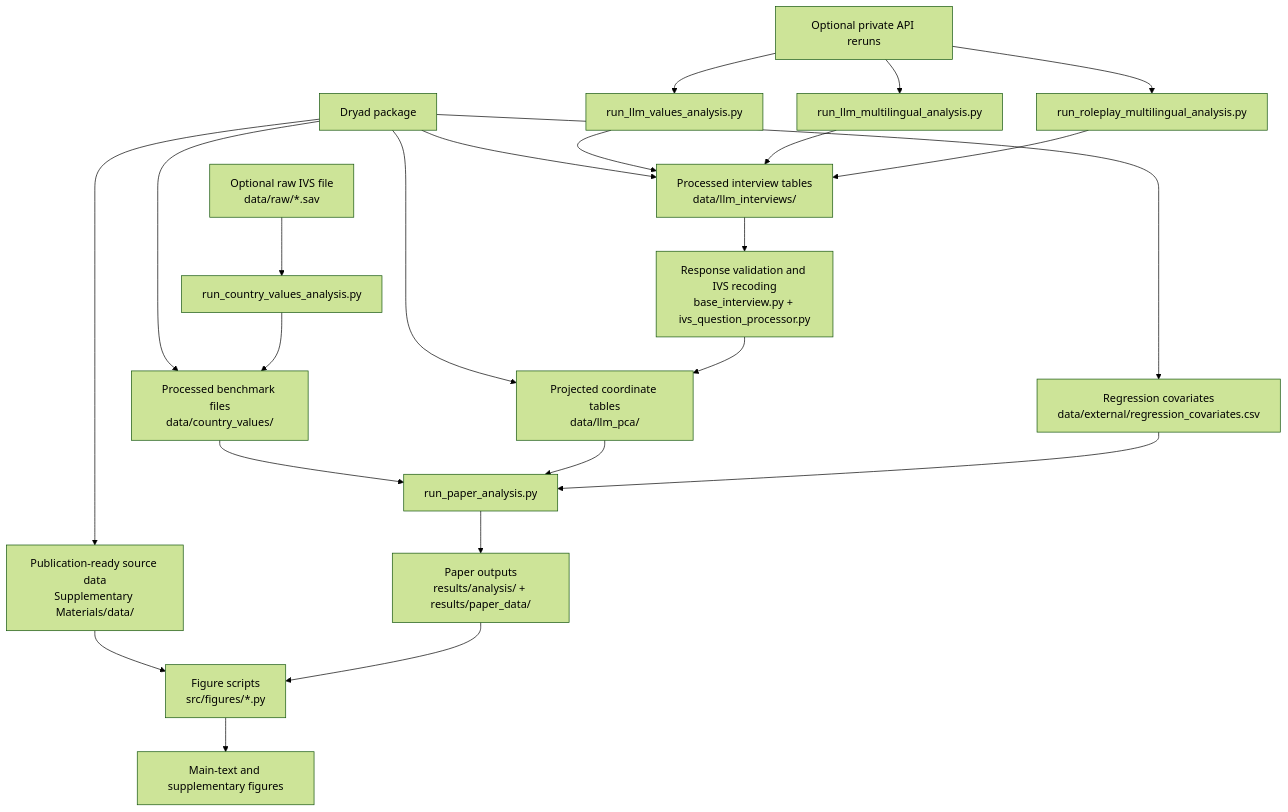
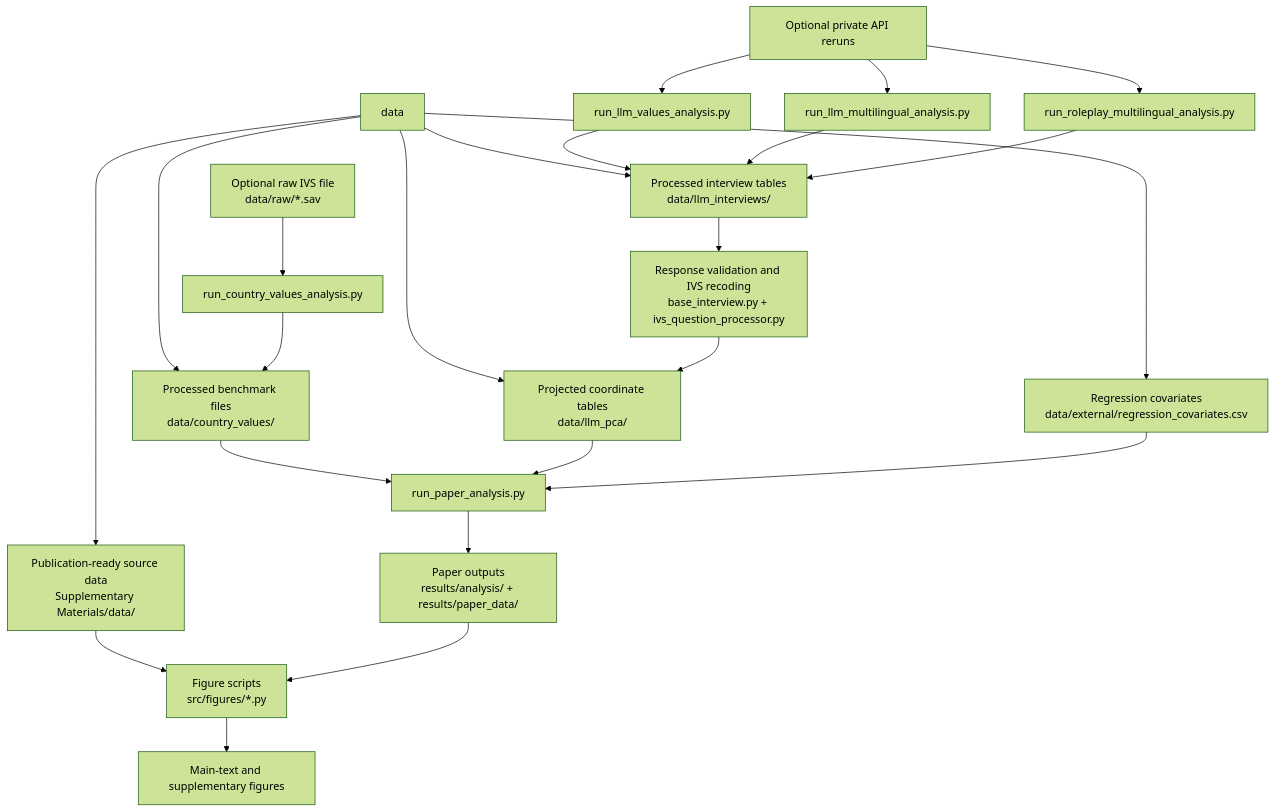
Before and after one commit to matrix0394/The-Value-Atlas-of-AI-Code: the diagram in README.md, drawn with Mermaid (forest theme). The commit also changed other lines of this file and 25 other files, not shown here.

````diff
--- a/README.md
+++ b/README.md
@@ -62,29 +79,29 @@
 ```mermaid
 flowchart TD
-    A["Dryad package"] --> B["Processed benchmark files<br/>data/country_values/"]
+    A["data"] --> B["Processed benchmark files<br/>data/country_values/"]
     A --> C["Processed interview tables<br/>data/llm_interviews/"]
     A --> D["Projected coordinate tables<br/>data/llm_pca/"]
     A --> E["Publication-ready source data<br/>Supplementary Materials/data/"]
 
     F["Optional raw IVS file<br/>data/raw/*.sav"] --> G["run_country_values_analysis.py"]
     G --> B
 
     H["Optional private API reruns"] --> I["run_llm_values_analysis.py"]
     H --> J["run_llm_multilingual_analysis.py"]
     H --> K["run_roleplay_multilingual_analysis.py"]
 
     I --> C
     J --> C
     K --> C
 
     C --> L["Response validation and IVS recoding<br/>base_interview.py + ivs_question_processor.py"]
     L --> D
     B --> M["run_paper_analysis.py"]
     D --> M
     A --> N["Regression covariates<br/>data/external/regression_covariates.csv"]
     N --> M
     E --> O["Figure scripts<br/>src/figures/*.py"]
     M --> P["Paper outputs<br/>results/analysis/ + results/paper_data/"]
     P --> O
     O --> Q["Main-text and supplementary figures"]
-```
+ ```   
````
